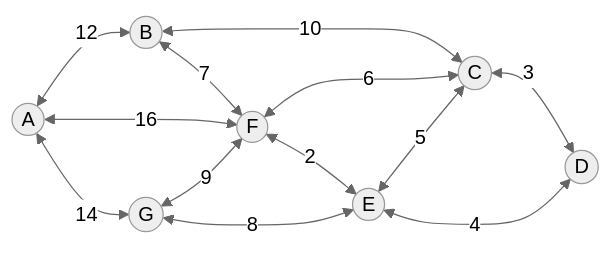
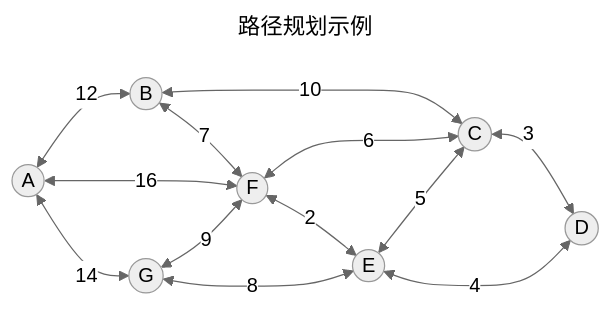
Before and after one commit to fenwickxie/notes: the second of 2 diagrams in automatic_driving/PP.md, drawn with Mermaid (neutral theme). The commit also changed other lines of this file, not shown here.

````diff
--- a/automatic_driving/PP.md
+++ b/automatic_driving/PP.md
@@ -71,15 +108,18 @@
 ```mermaid
+---
+title: 路径规划示例
+---
 flowchart LR
   A((A))<--12-->B((B))
   A<--14-->G((G))
   B<--7-->F((F))
   A<--16-->F
   B<--10-->C((C))
   G<--9-->F((F))
   F<--2-->E((E))
   G<--8-->E
   F<--6-->C
   E<--5-->C
   C<--3-->D((D))
   E<--4-->D
 ```
````
